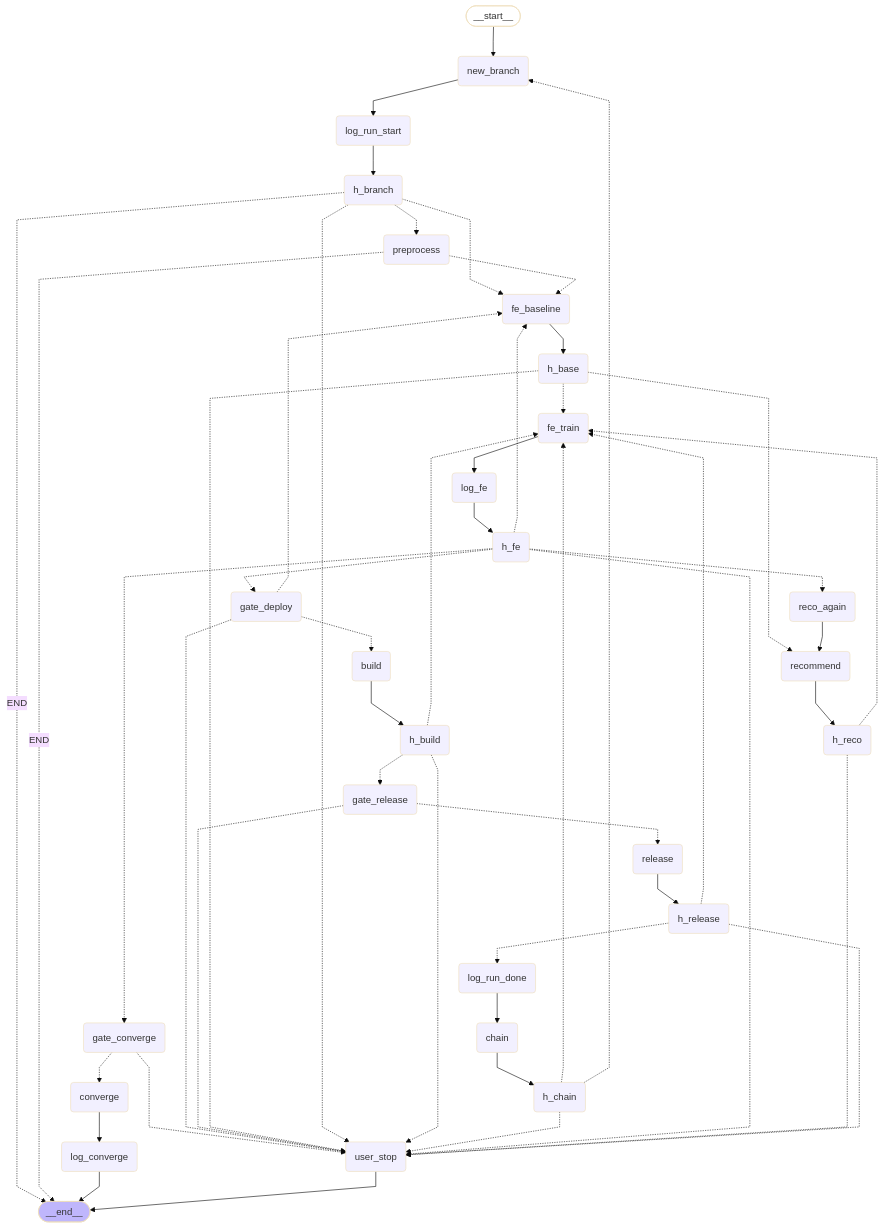
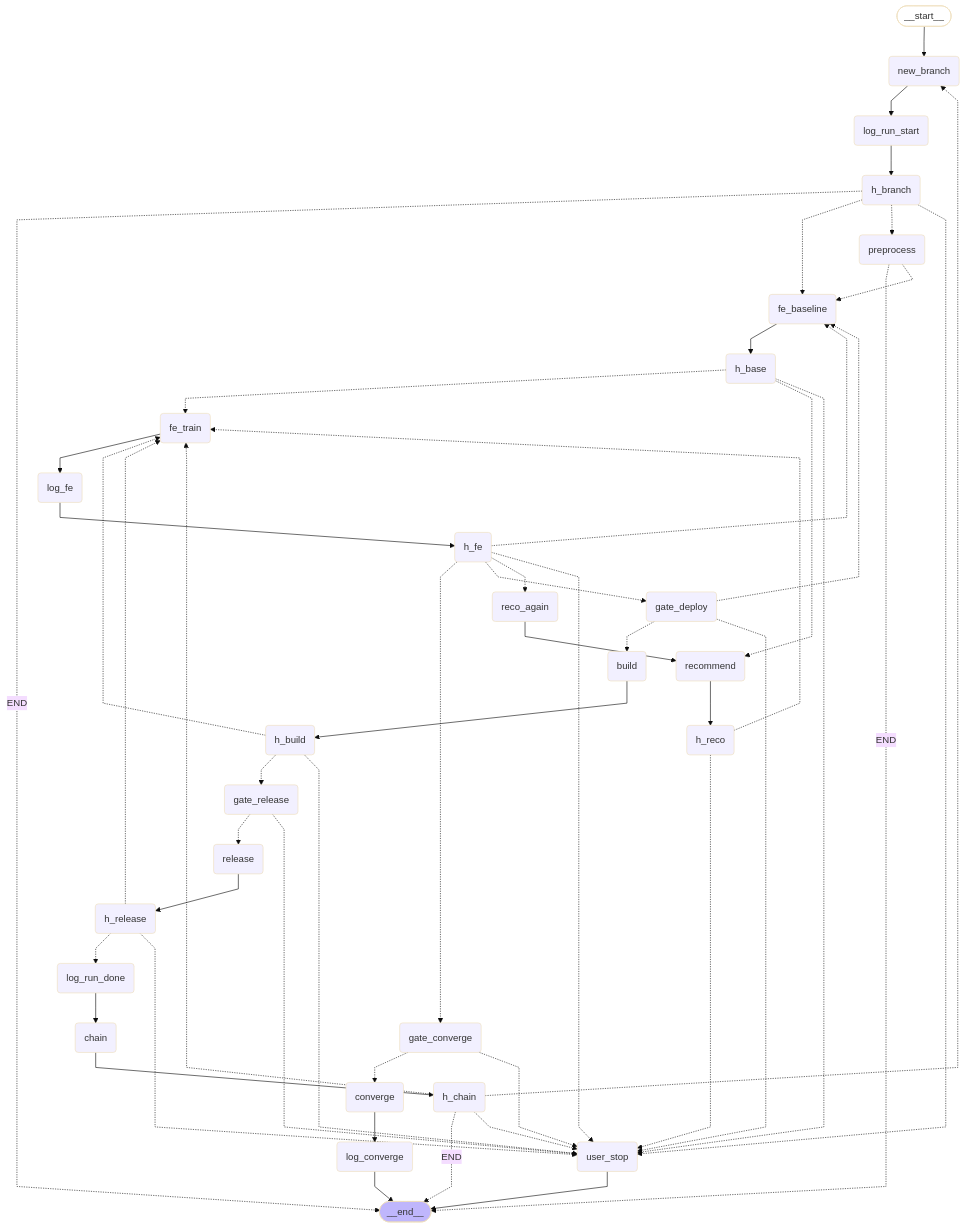
Before and after one commit to JB-Pirate-King/JB-Pirate-King: the second of 2 diagrams in ml/PIPELINE.md, drawn with Mermaid (base theme). The commit also changed other lines of this file and 2 other files, not shown here.

```diff
--- a/ml/PIPELINE.md
+++ b/ml/PIPELINE.md
@@ -221,6 +222,7 @@
 	h_build -.-> fe_train;
 	h_build -.-> gate_release;
 	h_build -.-> user_stop;
+	h_chain -. END .-> __end__;
 	h_chain -.-> fe_train;
 	h_chain -.-> new_branch;
 	h_chain -.-> user_stop;
```
